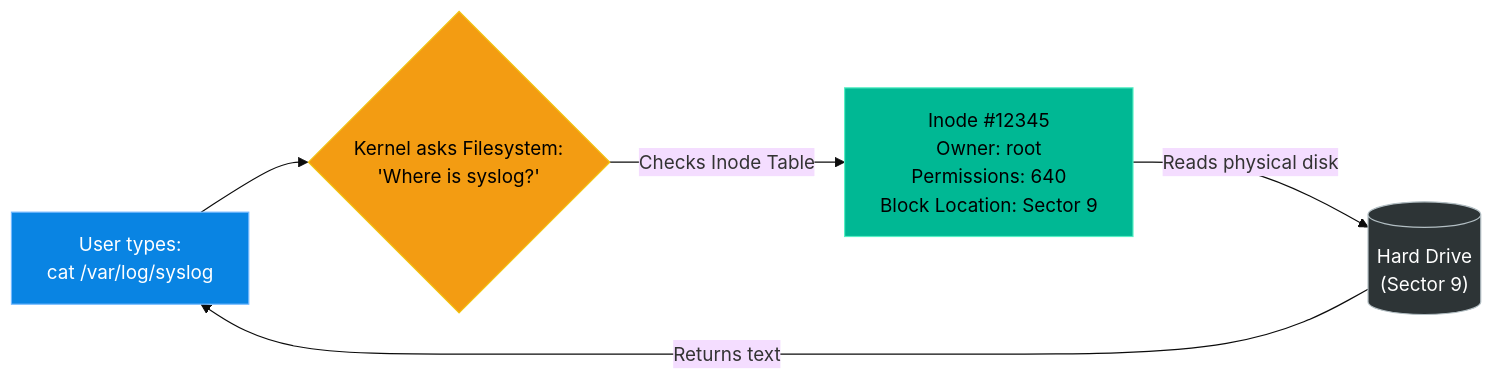
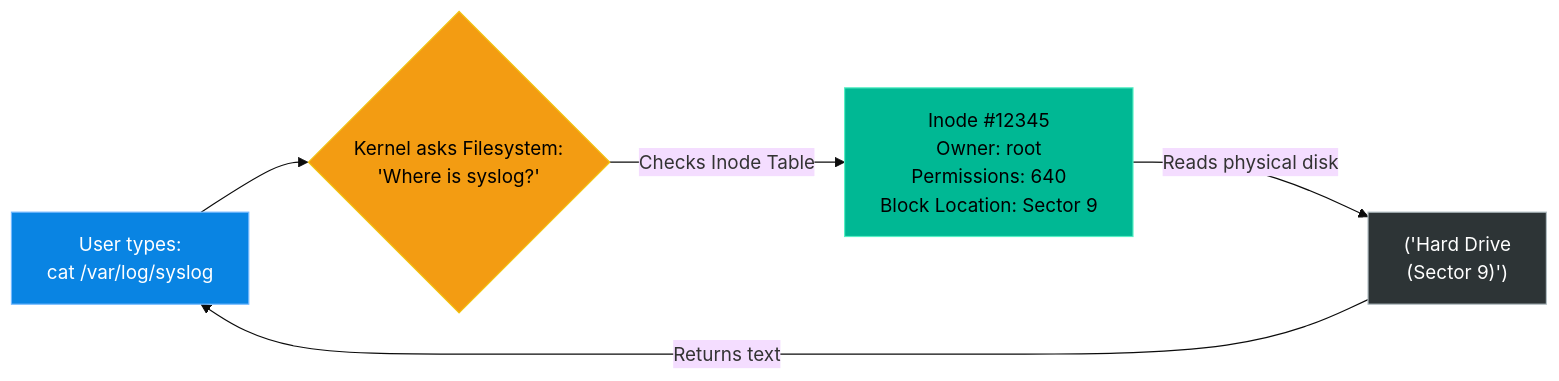
One commit to laxya911/linux-support-engineer-master-handbook changed the diagram in volumes/volume-02-linux-administration/chapters/V2-C07-filesystem-tuning-and-inodes.md. Above: the diagram before and after it, drawn with Mermaid (base theme). The commit also changed 101 other files, not shown here.

Commit message:
Fix mermaid syntax across all chapters

````diff
--- a/volumes/volume-02-linux-administration/chapters/V2-C07-filesystem-tuning-and-inodes.md
+++ b/volumes/volume-02-linux-administration/chapters/V2-C07-filesystem-tuning-and-inodes.md
@@ -42,15 +42,15 @@
 ```mermaid
 flowchart LR
     A["User types: \n cat /var/log/syslog"] --> B{"Kernel asks Filesystem: \n 'Where is syslog?'"}
     
-    B -->|Checks Inode Table| C["Inode #12345 \n Owner: root \n Permissions: 640 \n Block Location: Sector 9"]
+    B -->|"Checks Inode Table"| C["Inode #12345 \n Owner: root \n Permissions: 640 \n Block Location: Sector 9"]
     
-    C -->|Reads physical disk| D[("Hard Drive \n (Sector 9)")]
+    C -->|"Reads physical disk"| D["('Hard Drive \n (Sector 9)')"]
     
-    D -->|Returns text| A
+    D -->|"Returns text"| A
     
     style A fill:#0984e3,stroke:#74b9ff,color:#fff
     style B fill:#f39c12,stroke:#f1c40f,color:#000
     style C fill:#00b894,stroke:#55efc4,color:#000
     style D fill:#2d3436,stroke:#b2bec3,color:#fff
 ```
````
